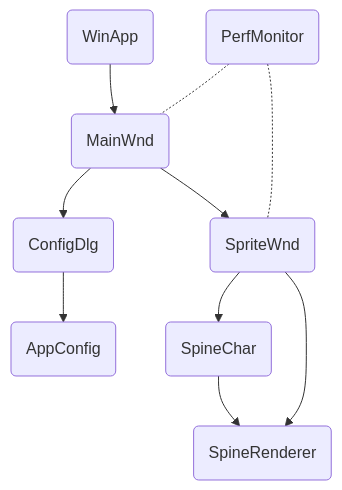
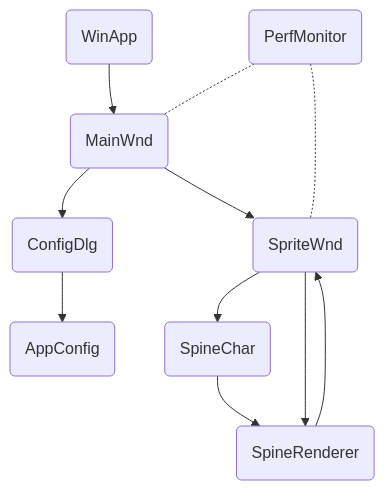
The diagram in README.dev.md (ww-rm/DesktopSprite), drawn with Mermaid before and after one commit. The commit also changed other lines of this file, not shown here.

````diff
--- a/README.dev.md
+++ b/README.dev.md
@@ -21,26 +21,27 @@
 ```mermaid
 flowchart
 
 WA(WinApp)
 PM(PerfMonitor)
 AC(AppConfig)
 
 
 MW(MainWnd)
 CD(ConfigDlg)
 SW(SpriteWnd)
 SC(SpineChar)
 SR(SpineRenderer)
 
 WA --> MW
 PM -.- MW
 PM -.- SW
 
 MW --> CD
 CD --> AC
 MW --> SW
 
 SW --> SC
 SW --> SR
+SR --> SW
 SC --> SR
 ```
````
